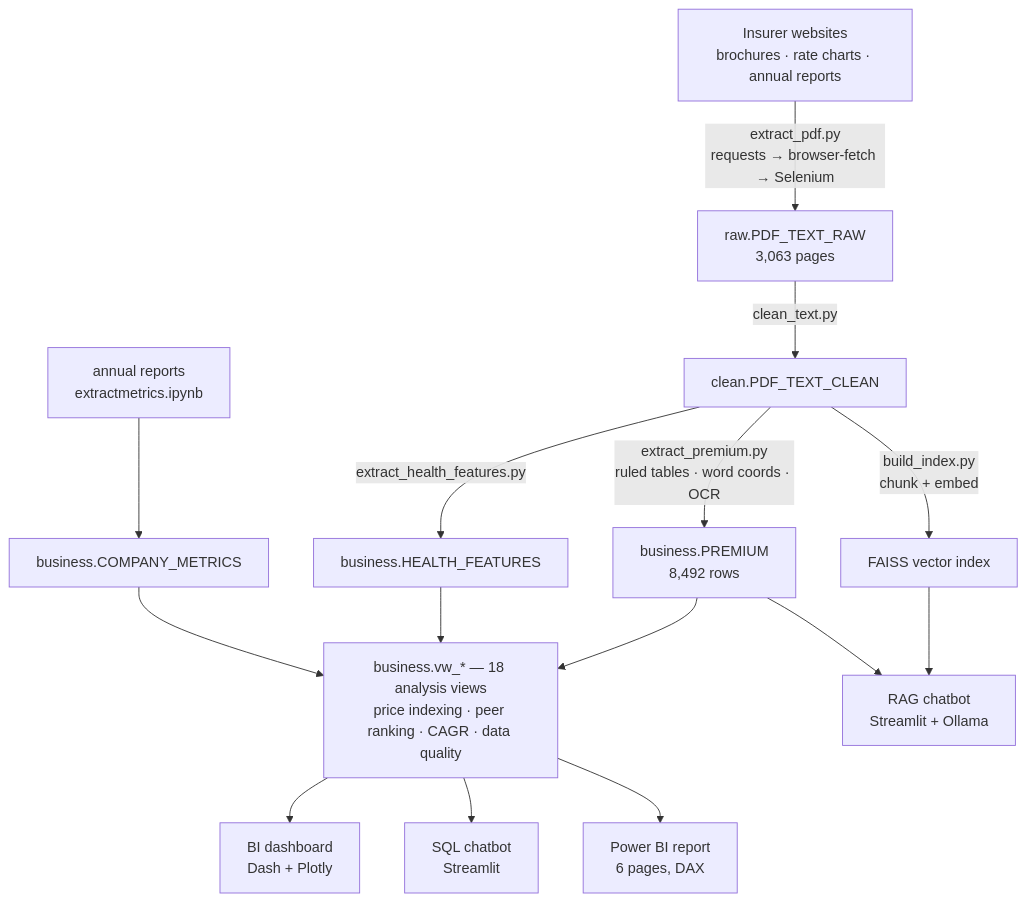
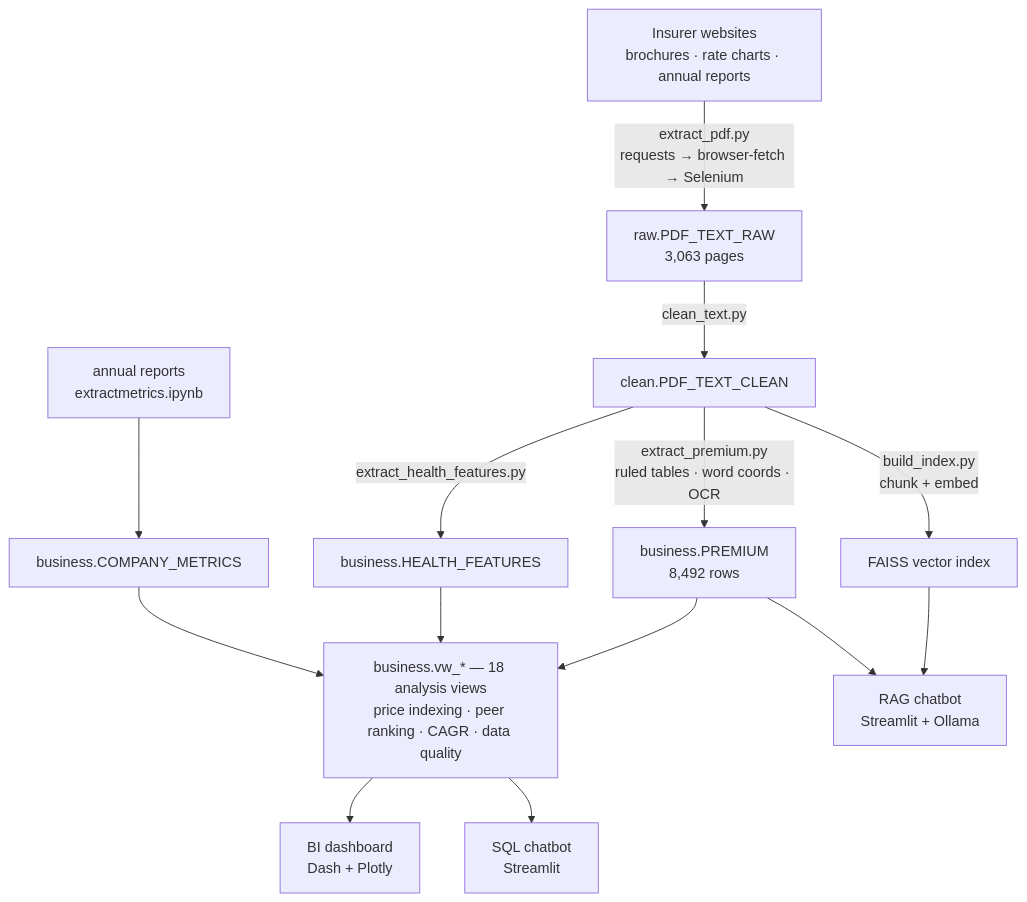
One commit to akshatkotecha/insurance-competitive-analysis changed the diagram in README.md. Above: the diagram before and after it, drawn with Mermaid. The commit also changed other lines of this file and 104 other files, not shown here.

First line of the commit message:
Stop publishing the Power BI report until it is finished

````diff
--- a/README.md
+++ b/README.md
@@ -39,20 +38,19 @@
 ```mermaid
 flowchart TD
     A["Insurer websites<br/>brochures · rate charts · annual reports"]
     A -->|"extract_pdf.py<br/>requests → browser-fetch → Selenium"| B["raw.PDF_TEXT_RAW<br/>3,063 pages"]
     B -->|clean_text.py| C["clean.PDF_TEXT_CLEAN"]
     C -->|"extract_premium.py<br/>ruled tables · word coords · OCR"| D["business.PREMIUM<br/>8,492 rows"]
     C -->|extract_health_features.py| E["business.HEALTH_FEATURES"]
     C -->|"build_index.py<br/>chunk + embed"| F["FAISS vector index"]
     G["annual reports<br/>extractmetrics.ipynb"] --> H["business.COMPANY_METRICS"]
 
     D --> V["business.vw_* — 18 analysis views<br/>price indexing · peer ranking · CAGR · data quality"]
     E --> V
     H --> V
 
     V --> W["BI dashboard<br/>Dash + Plotly"]
     V --> X["SQL chatbot<br/>Streamlit"]
-    V --> Y["Power BI report<br/>6 pages, DAX"]
     F --> Z["RAG chatbot<br/>Streamlit + Ollama"]
     D --> Z
 ```
````
